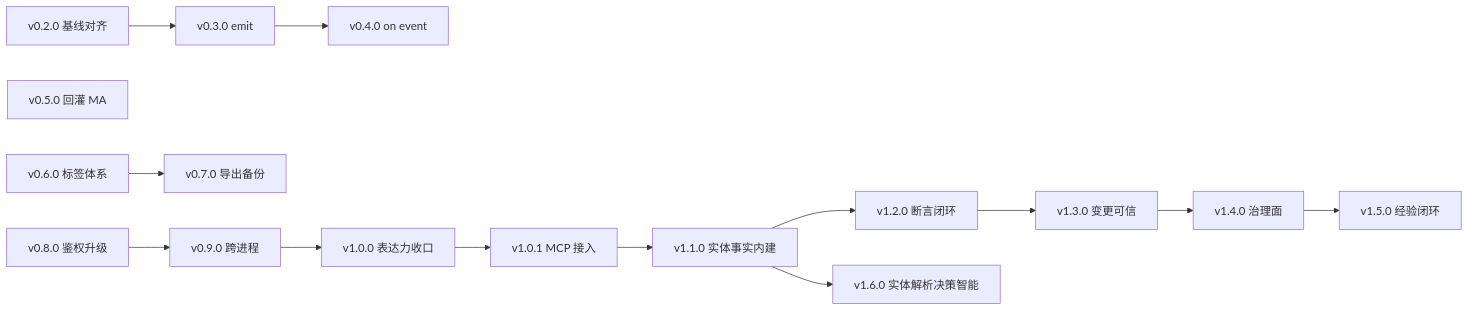
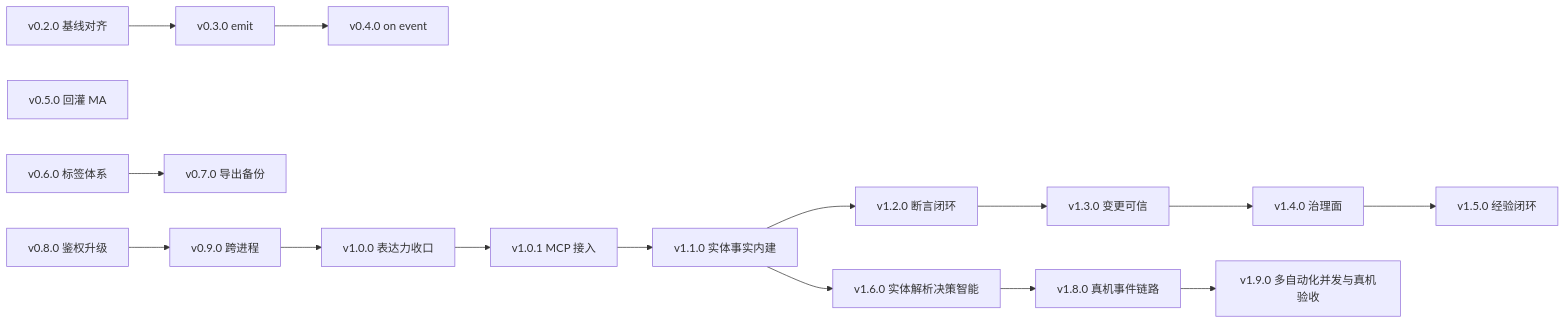
Before and after one commit to lidicn/AutoForge: the diagram in docs/ROADMAP.md, drawn with Mermaid. The commit also changed other lines of this file and 44 other files, not shown here.

````diff
--- a/docs/ROADMAP.md
+++ b/docs/ROADMAP.md
@@ -899,16 +931,18 @@
 ```mermaid
 graph LR
   V02[v0.2.0 基线对齐] --> V03[v0.3.0 emit]
   V03 --> V04[v0.4.0 on event]
   V05[v0.5.0 回灌 MA]
   V06[v0.6.0 标签体系] --> V07[v0.7.0 导出备份]
   V08[v0.8.0 鉴权升级] --> V09[v0.9.0 跨进程]
   V09 --> V10[v1.0.0 表达力收口]
   V10 --> V101[v1.0.1 MCP 接入]
   V101 --> V110[v1.1.0 实体事实内建]
   V110 --> V120[v1.2.0 断言闭环]
   V120 --> V130[v1.3.0 变更可信]
   V130 --> V140[v1.4.0 治理面]
   V140 --> V150[v1.5.0 经验闭环]
   V110 --> V160[v1.6.0 实体解析决策智能]
+  V160 --> V180[v1.8.0 真机事件链路]
+  V180 --> V190[v1.9.0 多自动化并发与真机验收]
 ```
````
